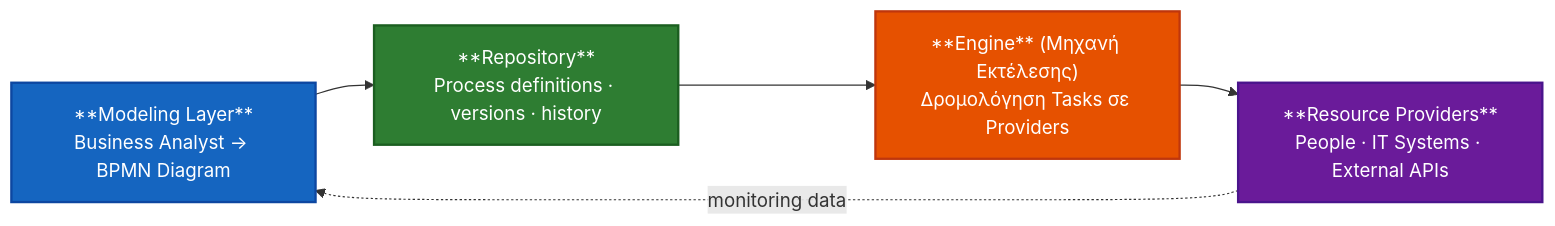
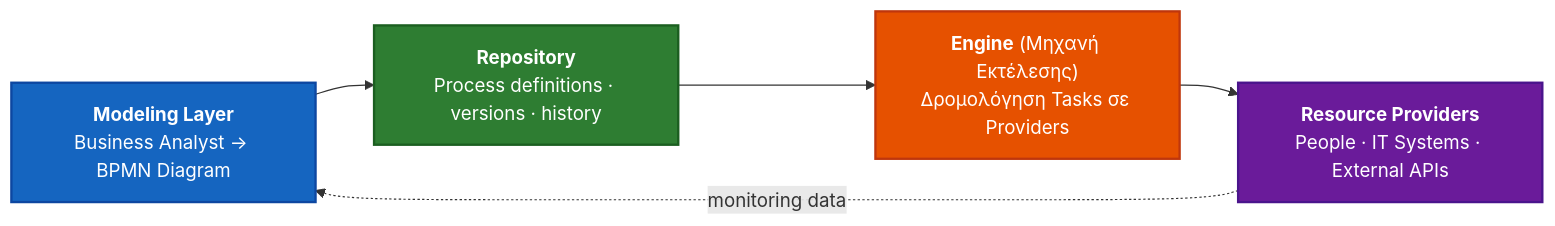
The diagram in msc/img/lecture2/diag_bpms_arch.mmd (tsadimas-wa/dss-data-analytics), drawn with Mermaid before and after one commit. The commit also changed 8 other files, not shown here.

First line of the commit message:
docs(lecture2): enhance content and diagram formatting

```diff
--- a/msc/img/lecture2/diag_bpms_arch.mmd
+++ b/msc/img/lecture2/diag_bpms_arch.mmd
@@ -1,10 +1,10 @@
 flowchart LR
-    A["**Modeling Layer**\nBusiness Analyst → BPMN Diagram"]
-    --> B["**Repository**\nProcess definitions · versions · history"]
-    --> C["**Engine** (Μηχανή Εκτέλεσης)\nΔρομολόγηση Tasks σε Providers"]
-    --> D["**Resource Providers**\nPeople · IT Systems · External APIs"]
+    A["<b>Modeling Layer</b>\nBusiness Analyst → BPMN Diagram"]
+    --> B["<b>Repository</b>\nProcess definitions · versions · history"]
+    --> C["<b>Engine</b> (Μηχανή Εκτέλεσης)\nΔρομολόγηση Tasks σε Providers"]
+    --> D["<b>Resource Providers</b>\nPeople · IT Systems · External APIs"]
     D -.->|"monitoring data"| A
     style A fill:#1565C0,color:#ffffff,stroke:#0D47A1,stroke-width:2px
     style B fill:#2E7D32,color:#ffffff,stroke:#1B5E20,stroke-width:2px
     style C fill:#E65100,color:#ffffff,stroke:#BF360C,stroke-width:2px
     style D fill:#6A1B9A,color:#ffffff,stroke:#4A148C,stroke-width:2px
```
